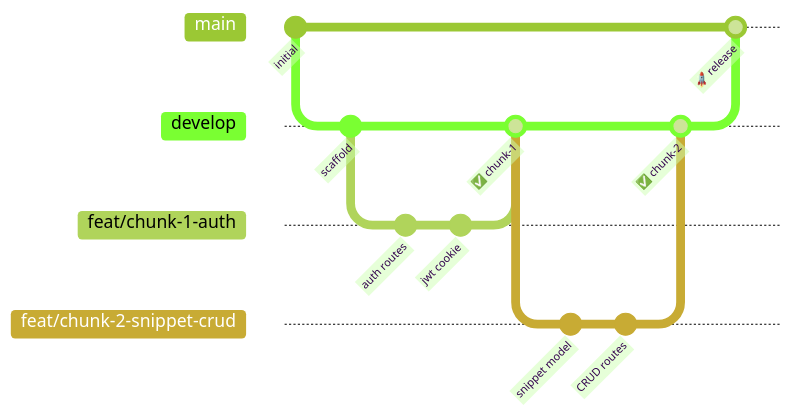
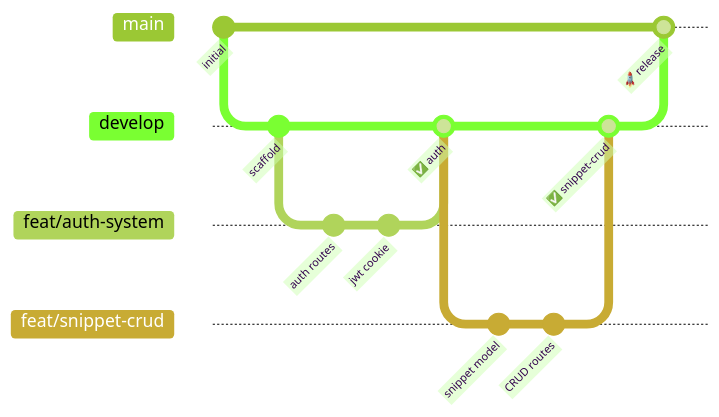
The second of 4 diagrams in docs/GUIDELINES.md (FieldPs/DevVault), drawn with Mermaid (forest theme) before and after one commit. The commit also changed other lines of this file, not shown here.

Commit message:
docs: update branch convention to use feature names instead of chunk numbers

````diff
--- a/docs/GUIDELINES.md
+++ b/docs/GUIDELINES.md
@@ -178,21 +178,21 @@
 ```mermaid
 gitGraph
     commit id: "initial"
     branch develop
     checkout develop
     commit id: "scaffold"
-    branch feat/chunk-1-auth
-    checkout feat/chunk-1-auth
+    branch feat/auth-system
+    checkout feat/auth-system
     commit id: "auth routes"
     commit id: "jwt cookie"
     checkout develop
-    merge feat/chunk-1-auth id: "✅ chunk-1"
-    branch feat/chunk-2-snippet-crud
-    checkout feat/chunk-2-snippet-crud
+    merge feat/auth-system id: "✅ auth"
+    branch feat/snippet-crud
+    checkout feat/snippet-crud
     commit id: "snippet model"
     commit id: "CRUD routes"
     checkout develop
-    merge feat/chunk-2-snippet-crud id: "✅ chunk-2"
+    merge feat/snippet-crud id: "✅ snippet-crud"
     checkout main
     merge develop id: "🚀 release"
 ```
````
